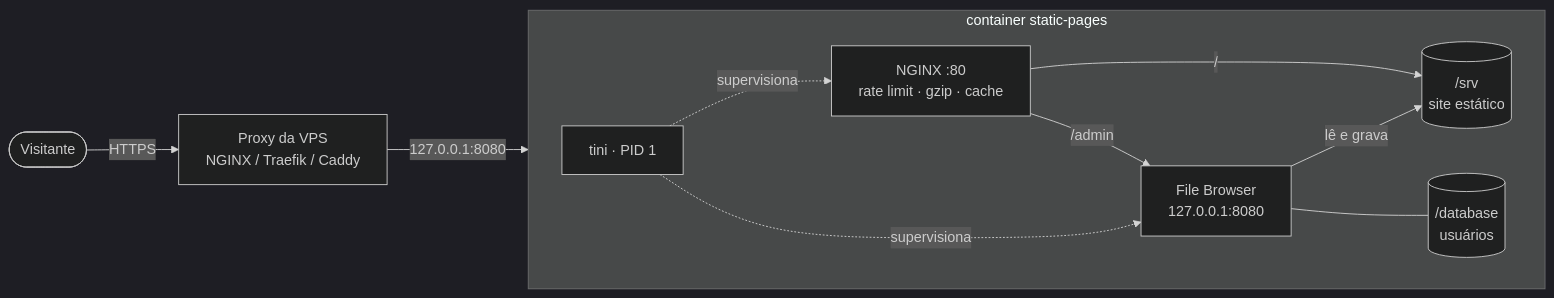
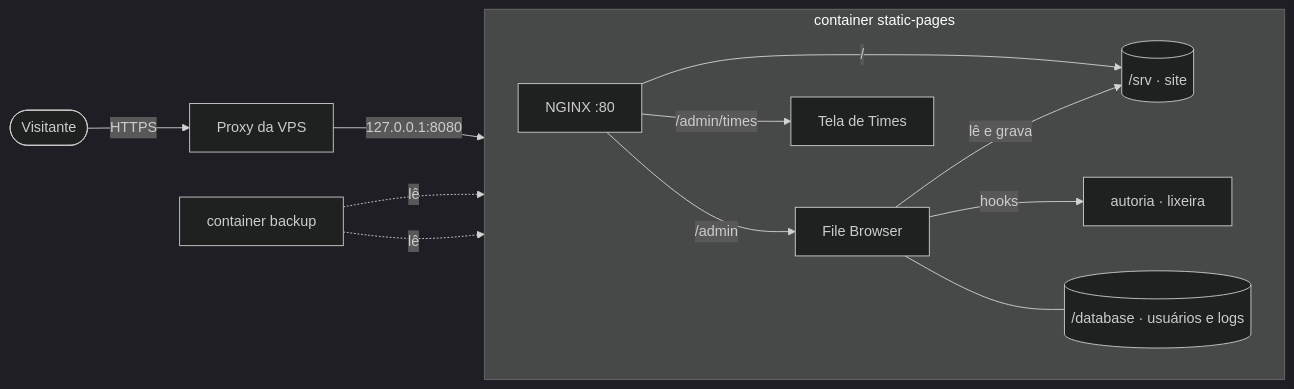
One commit to JTech-Dados/static-pages changed the diagram in README.md. Above: the diagram before and after it, drawn with Mermaid (dark theme). The commit also changed other lines of this file and 9 other files, not shown here.

````diff
--- a/README.md
+++ b/README.md
@@ -58,14 +117,16 @@
 ```mermaid
 flowchart LR
-    U([Visitante]) -->|HTTPS| P[Proxy da VPS<br/>NGINX / Traefik / Caddy]
+    U([Visitante]) -->|HTTPS| P[Proxy da VPS]
     P -->|127.0.0.1:8080| N
 
     subgraph C[container static-pages]
         direction LR
-        N[NGINX :80<br/>rate limit · gzip · cache] -->|/| S[(/srv<br/>site estático)]
-        N -->|/admin| F[File Browser<br/>127.0.0.1:8080]
+        N[NGINX :80] -->|/| S[(/srv · site)]
+        N -->|/admin| F[File Browser]
+        N -->|/admin/times| T[Tela de Times]
         F -->|lê e grava| S
-        F --- D[(/database<br/>usuários)]
-        T[tini · PID 1] -.supervisiona.-> N & F
+        F -->|hooks| H[autoria · lixeira]
+        F --- D[(/database · usuários e logs)]
     end
+    B[container backup] -.lê.-> S & D
 ```
````
